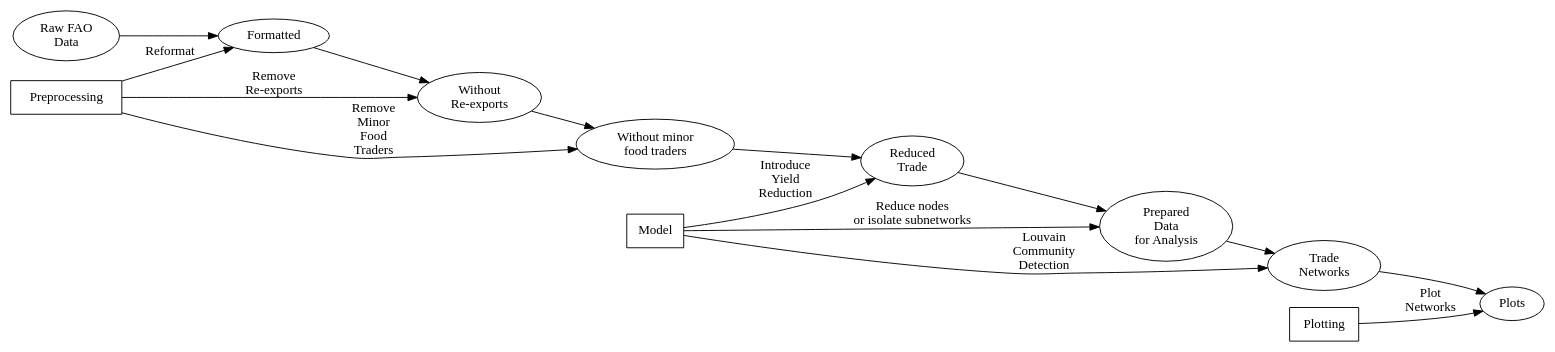
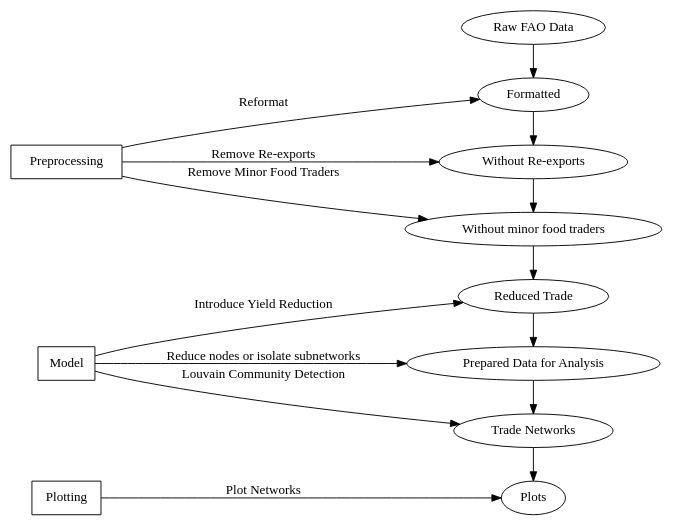
Before and after one commit to lukaszgajewski/pytradeshifts: the diagram in docs/Model Description Flow Chart/flow.dot, drawn with Graphviz. The commit also changed 2 other files, not shown here.

Commit message:
Updated model description

```diff
--- a/docs/Model Description Flow Chart/flow.dot
+++ b/docs/Model Description Flow Chart/flow.dot
@@ -1,37 +1,40 @@
-
 digraph G {
     rankdir=LR;
-    // A Graphviz dot digraph that shows the main flow of the model
-    A [label="Raw FAO\nData"];
-    B [label="Formatted"];
-    C [label="Without\nRe-exports"];
-    D [label="Without minor\nfood traders"];
-    E [label="Reduced\nTrade"];
-    F [label="Prepared\nData\nfor Analysis"];
-    G [label="Trade\nNetworks"];
-    H [label="Plots"];
-
- 	node [shape=rectangle];
-    I [label="Preprocessing"];
-    J [label="Model"]
-    K [label="Plotting"]
+    subgraph rank_same1 {
+    rank=same;
+        // A Graphviz dot digraph that shows the main flow of the model
+        A [label="Raw FAO Data"];
+        B [label="Formatted"];
+        C [label="Without Re-exports"];
+        D [label="Without minor food traders"];
+        E [label="Reduced Trade"];
+        F [label="Prepared Data for Analysis"];
+        G [label="Trade Networks"];
+        H [label="Plots"];
+    }
+    subgraph rank_same2 {
+        rank=same;
+        node [shape=rectangle];
+        I [label="Preprocessing"];
+        J [label="Model"];
+        K [label="Plotting"];
+    }
 
     // Data Flow
     A -> B;
     B -> C;
     C -> D;
     D -> E;
     E -> F;
     F -> G;
     G -> H;
     
     // Model Flow
     I -> B [label="Reformat"];
-    I -> C [label="Remove\nRe-exports"];
-    I -> D [label="Remove\nMinor\nFood\nTraders"];
-    J -> E [label="Introduce\nYield\nReduction"];
-    J -> F [label="Reduce nodes\nor isolate subnetworks"];
-    J -> G [label="Louvain\nCommunity\nDetection"];
-    K -> H [label="Plot\nNetworks"];
-
+    I -> C [label="Remove Re-exports"];
+    I -> D [label="Remove Minor Food Traders"];
+    J -> E [label="Introduce Yield Reduction"];
+    J -> F [label="Reduce nodes or isolate subnetworks"];
+    J -> G [label="Louvain Community Detection"];
+    K -> H [label="Plot Networks"];
 }
```
